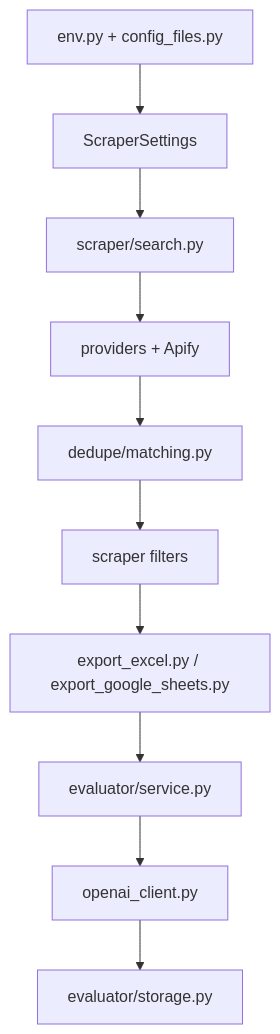
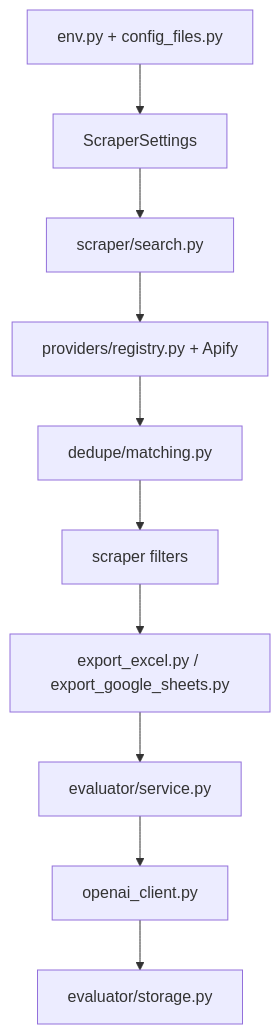
One commit to AmirDonyadide/JobFinder changed the diagram in src/jobfinder/README.md. Above: the diagram before and after it, drawn with Mermaid. The commit also changed other lines of this file and 22 other files, not shown here.

First line of the commit message:
Refactor providers, add core logging & registry

````diff
--- a/src/jobfinder/README.md
+++ b/src/jobfinder/README.md
@@ -63,12 +65,12 @@
 ```mermaid
 flowchart TD
     A["env.py + config_files.py"] --> B["ScraperSettings"]
     B --> C["scraper/search.py"]
-    C --> D["providers + Apify"]
+    C --> D["providers/registry.py + Apify"]
     D --> E["dedupe/matching.py"]
     E --> F["scraper filters"]
     F --> G["export_excel.py / export_google_sheets.py"]
     G --> H["evaluator/service.py"]
     H --> I["openai_client.py"]
     I --> J["evaluator/storage.py"]
 ```
````
